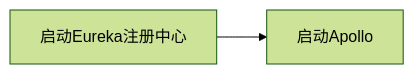
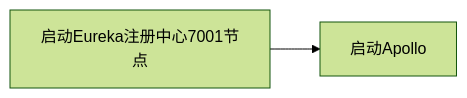
Before and after one commit to lingwh1995/blog: the first of 5 diagrams in docs/blogs/backend/springcloud/springcloud-eureka/shardings/springcloud-eureka-chapter-11.使用Apollo配置中心管理配置.md, drawn with Mermaid (forest theme). The commit also changed other lines of this file and 1716 other files, not shown here.

````diff
--- a/docs/blogs/backend/springcloud/springcloud-eureka/shardings/springcloud-eureka-chapter-11.使用Apollo配置中心管理配置.md
+++ b/docs/blogs/backend/springcloud/springcloud-eureka/shardings/springcloud-eureka-chapter-11.使用Apollo配置中心管理配置.md
@@ -65,4 +87,4 @@
 ```mermaid
 flowchart LR
-    启动Eureka注册中心-->启动Apollo
+    启动Eureka注册中心7001节点-->启动Apollo
 ```
````
